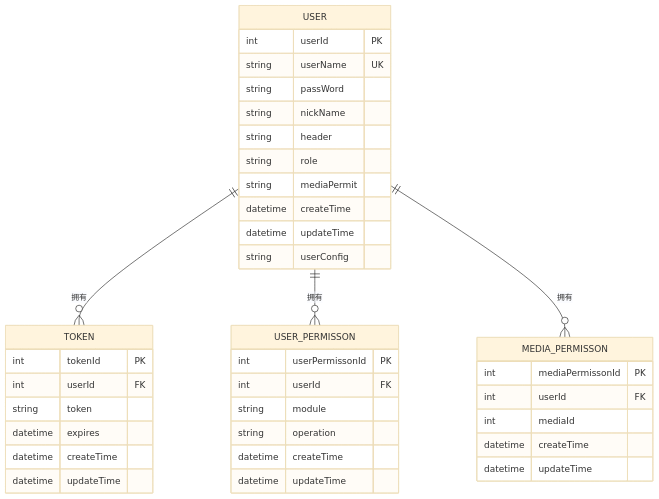
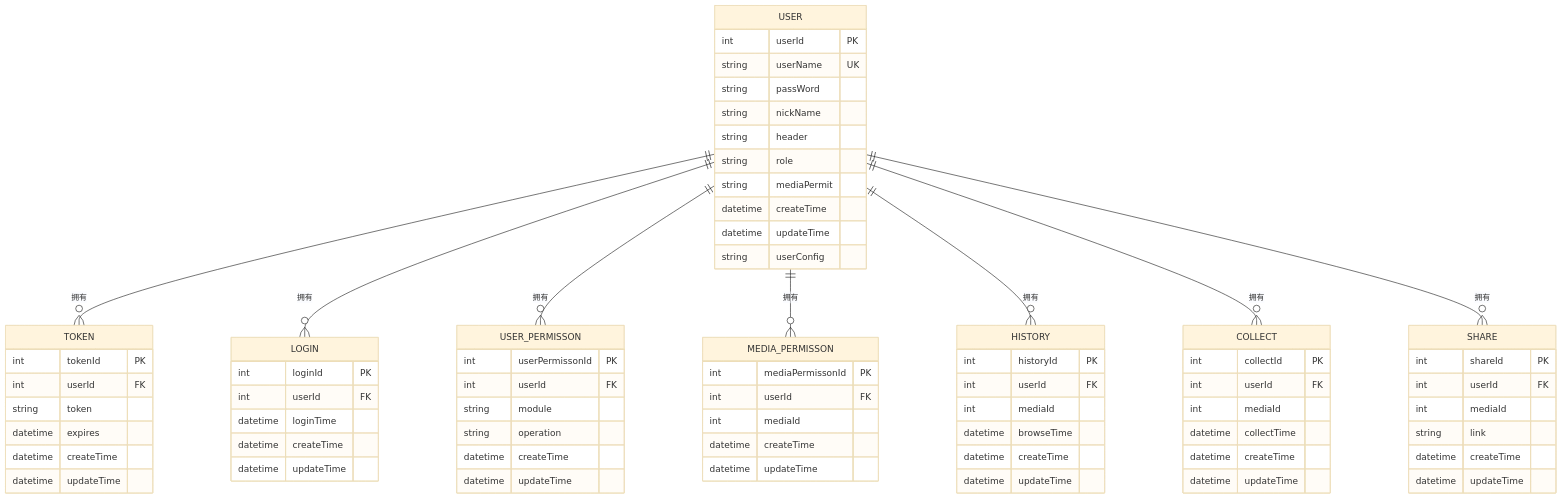
Before and after one commit to lkw199711/smanga-adonis: the fourth of 4 diagrams in .qoder/repowiki/zh/content/核心功能模块/用户管理系统/用户CRUD操作.md, drawn with Mermaid (base theme). The commit also changed other lines of this file and 8 other files, not shown here.

````diff
--- a/.qoder/repowiki/zh/content/核心功能模块/用户管理系统/用户CRUD操作.md
+++ b/.qoder/repowiki/zh/content/核心功能模块/用户管理系统/用户CRUD操作.md
@@ -449,41 +491,76 @@
 ```mermaid
 erDiagram
 USER {
 int userId PK
 string userName UK
 string passWord
 string nickName
 string header
 string role
 string mediaPermit
 datetime createTime
 datetime updateTime
 string userConfig
 }
 TOKEN {
 int tokenId PK
 int userId FK
 string token
 datetime expires
 datetime createTime
 datetime updateTime
 }
+LOGIN {
+int loginId PK
+int userId FK
+datetime loginTime
+datetime createTime
+datetime updateTime
+}
 USER_PERMISSON {
 int userPermissonId PK
 int userId FK
 string module
 string operation
 datetime createTime
 datetime updateTime
 }
 MEDIA_PERMISSON {
 int mediaPermissonId PK
 int userId FK
 int mediaId
 datetime createTime
 datetime updateTime
 }
+HISTORY {
+int historyId PK
+int userId FK
+int mediaId
+datetime browseTime
+datetime createTime
+datetime updateTime
+}
+COLLECT {
+int collectId PK
+int userId FK
+int mediaId
+datetime collectTime
+datetime createTime
+datetime updateTime
+}
+SHARE {
+int shareId PK
+int userId FK
+int mediaId
+string link
+datetime createTime
+datetime updateTime
+}
 USER ||--o{ TOKEN : "拥有"
+USER ||--o{ LOGIN : "拥有"
 USER ||--o{ USER_PERMISSON : "拥有"
 USER ||--o{ MEDIA_PERMISSON : "拥有"
+USER ||--o{ HISTORY : "拥有"
+USER ||--o{ COLLECT : "拥有"
+USER ||--o{ SHARE : "拥有"
 ```
````
